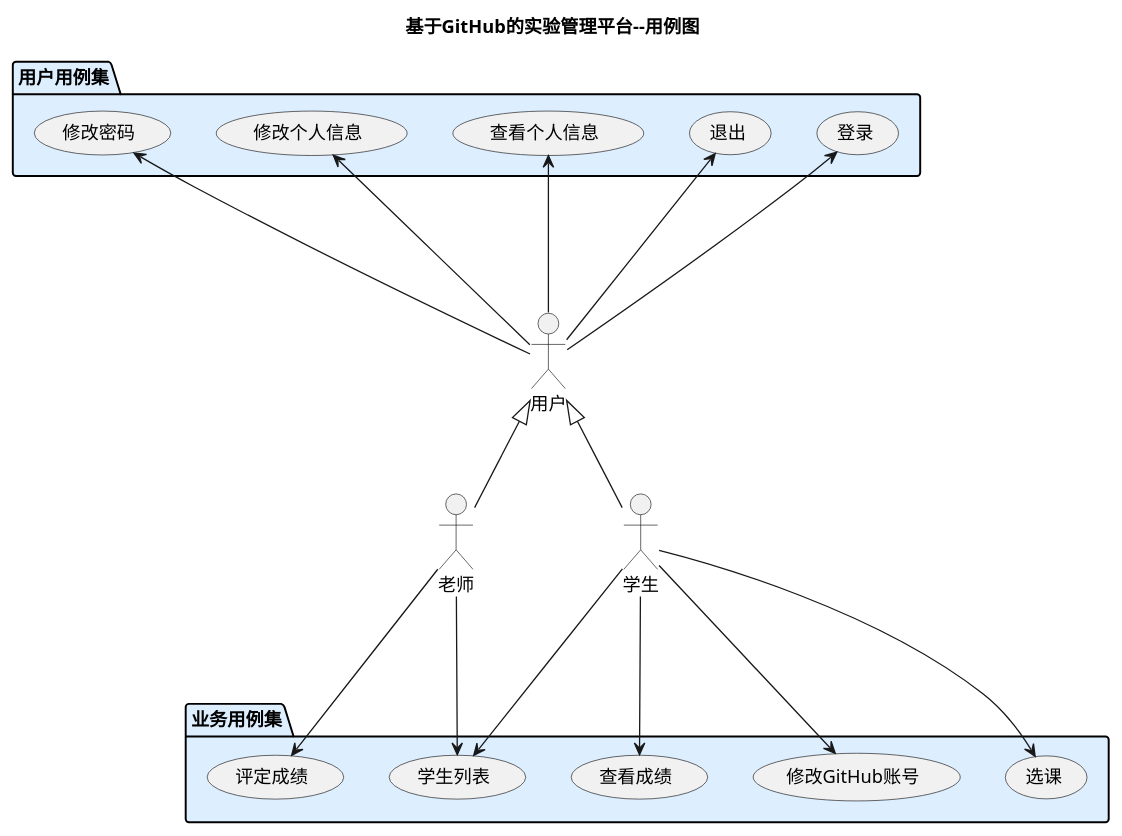
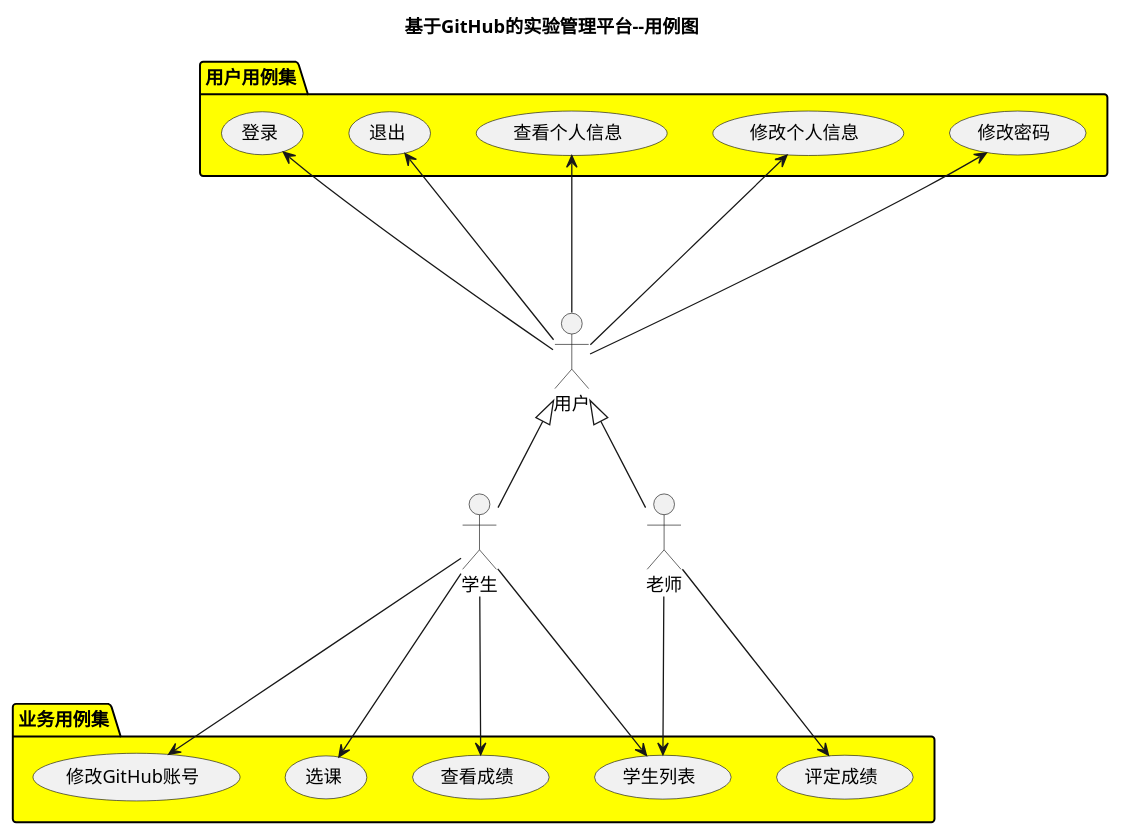
One commit to worldghost/is_analysis changed the diagram in test6/useCase.puml. Above: the diagram before and after it, drawn with PlantUML. The commit also changed 6 other files, not shown here.

```diff
--- a/test6/useCase.puml
+++ b/test6/useCase.puml
@@ -1,26 +1,29 @@
 @startuml
 title 基于GitHub的实验管理平台--用例图
+
+actor 用户 as users
+actor 学生 as students
 actor 老师 as teachers
-actor 学生 as students
-actor 用户 as users
 users <|-- students
 users <|-- teachers
 
-package 用户用例集 #DDEEFF{
+package 用户用例集 #YELLOW{
+users --up-> (修改密码)
+users --up-> (修改个人信息)
+users --up-> (查看个人信息)
+users --up-> (退出)
 users --up-> (登录)
-users --up-> (退出)
-users --up-> (查看个人信息)
-users --up-> (修改个人信息)
-users --up-> (修改密码)
+
 }
-
-package 业务用例集 #DDEEFF{
+package 业务用例集 #YELLOW{
 teachers ---> (评定成绩)
 teachers ---> (学生列表)
 students ---> (学生列表)
 students ---> (查看成绩)
 students ---> (修改GitHub账号)
 students ---> (选课)
 }
 
+
+
 @enduml
```
